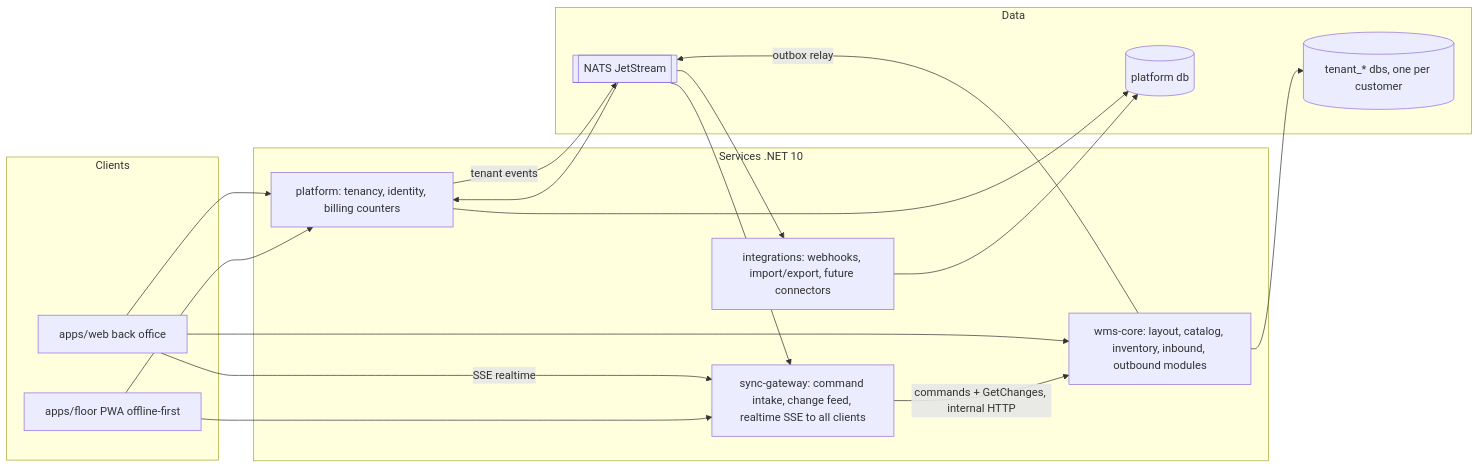
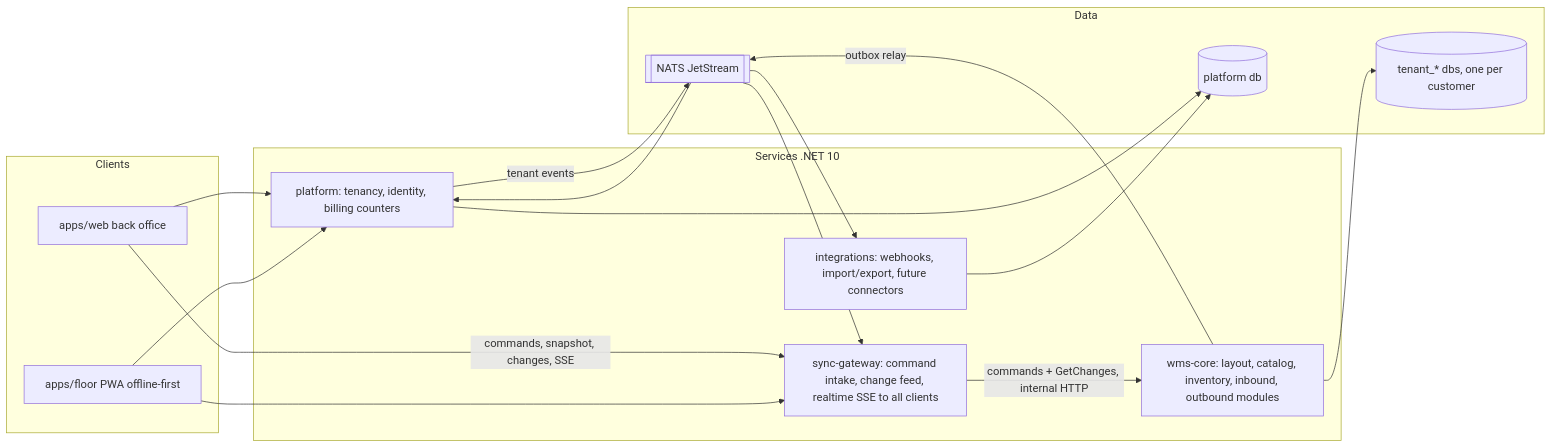
The first of 5 diagrams in docs/superpowers/specs/2026-09-05-lagerkraft-architecture-design.md (palletpilot/Epixx), drawn with Mermaid before and after one commit. The commit also changed other lines of this file, not shown here.

Commit message:
docs: spec - office write route, scoped feed, movement-linked deviations, wms-core internal-only

````diff
--- a/docs/superpowers/specs/2026-09-05-lagerkraft-architecture-design.md
+++ b/docs/superpowers/specs/2026-09-05-lagerkraft-architecture-design.md
@@ -116,32 +116,31 @@
 ```mermaid
 flowchart LR
   subgraph clients [Clients]
     Web[apps/web back office]
     Floor[apps/floor PWA offline-first]
   end
   subgraph services [Services .NET 10]
     Platform[platform: tenancy, identity, billing counters]
     Core[wms-core: layout, catalog, inventory, inbound, outbound modules]
     Sync[sync-gateway: command intake, change feed, realtime SSE to all clients]
     Integ[integrations: webhooks, import/export, future connectors]
   end
   subgraph data [Data]
     PlatformDb[(platform db)]
     TenantDbs[(tenant_* dbs, one per customer)]
     Nats[[NATS JetStream]]
   end
   Web --> Platform
-  Web --> Core
-  Web -->|"SSE realtime"| Sync
+  Web -->|"commands, snapshot, changes, SSE"| Sync
   Floor --> Sync
   Floor --> Platform
   Sync -->|"commands + GetChanges, internal HTTP"| Core
   Platform --> PlatformDb
   Integ --> PlatformDb
   Core --> TenantDbs
   Core -->|outbox relay| Nats
   Platform -->|tenant events| Nats
   Nats --> Integ
   Nats --> Sync
   Nats --> Platform
 ```
````
